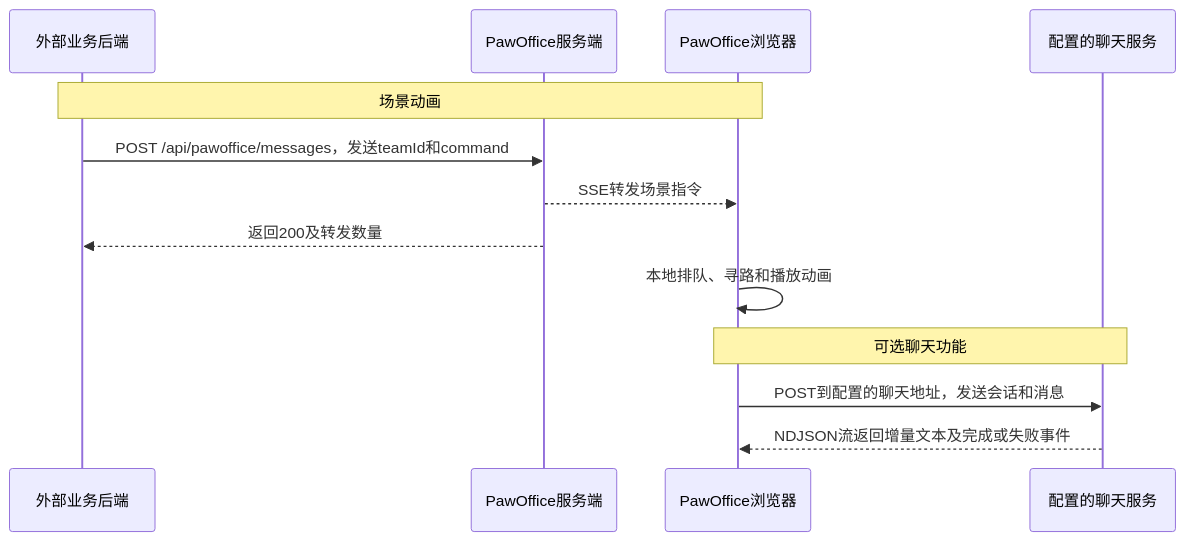
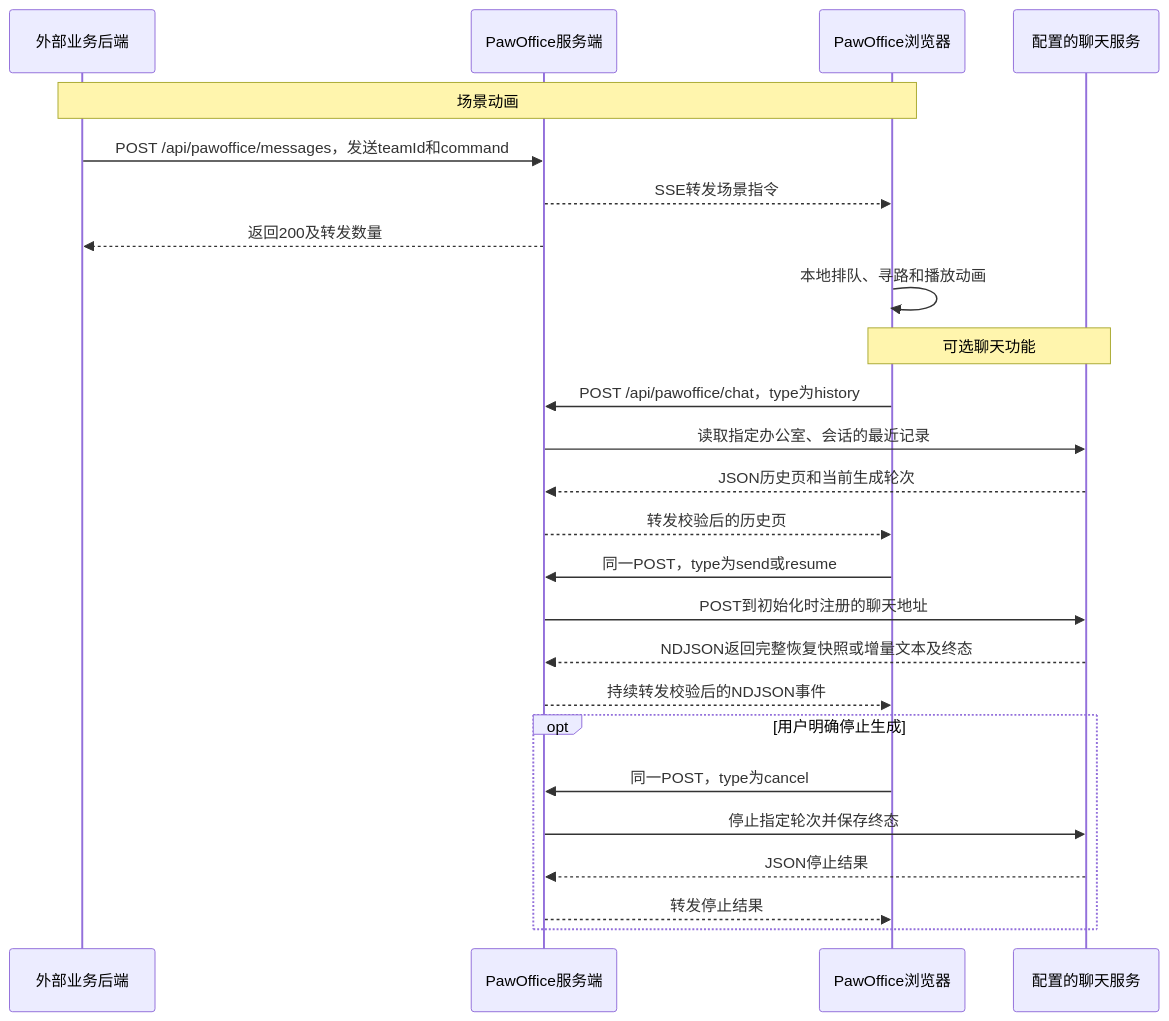
One commit to KunlunMeta-Limited/pawoffice changed the second of 3 diagrams in integration/docs/office-integration.md. Above: the diagram before and after it, drawn with Mermaid. The commit also changed other lines of this file and 82 other files, not shown here.

````diff
--- a/integration/docs/office-integration.md
+++ b/integration/docs/office-integration.md
@@ -83,17 +83,29 @@
 ```mermaid
 sequenceDiagram
     participant E as 外部业务后端
     participant S as PawOffice服务端
     participant B as PawOffice浏览器
     participant C as 配置的聊天服务
 
     Note over E,B: 场景动画
     E->>S: POST /api/pawoffice/messages，发送teamId和command
     S-->>B: SSE转发场景指令
     S-->>E: 返回200及转发数量
     B->>B: 本地排队、寻路和播放动画
 
     Note over B,C: 可选聊天功能
-    B->>C: POST到配置的聊天地址，发送会话和消息
-    C-->>B: NDJSON流返回增量文本及完成或失败事件
+    B->>S: POST /api/pawoffice/chat，type为history
+    S->>C: 读取指定办公室、会话的最近记录
+    C-->>S: JSON历史页和当前生成轮次
+    S-->>B: 转发校验后的历史页
+    B->>S: 同一POST，type为send或resume
+    S->>C: POST到初始化时注册的聊天地址
+    C-->>S: NDJSON返回完整恢复快照或增量文本及终态
+    S-->>B: 持续转发校验后的NDJSON事件
+    opt 用户明确停止生成
+        B->>S: 同一POST，type为cancel
+        S->>C: 停止指定轮次并保存终态
+        C-->>S: JSON停止结果
+        S-->>B: 转发停止结果
+    end
 ```
````
